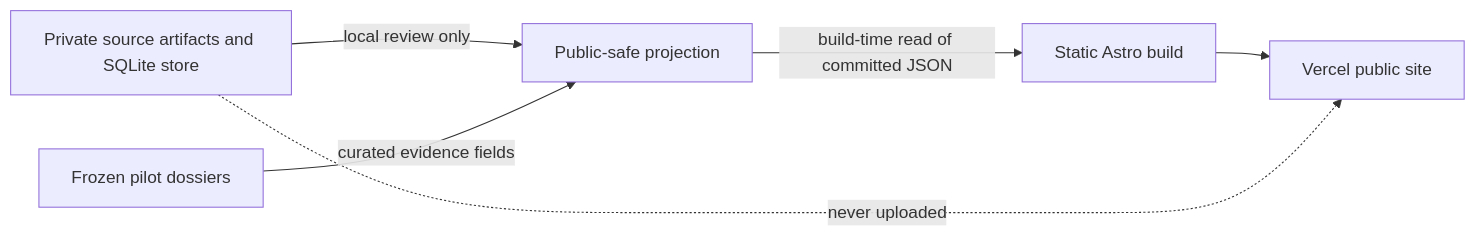
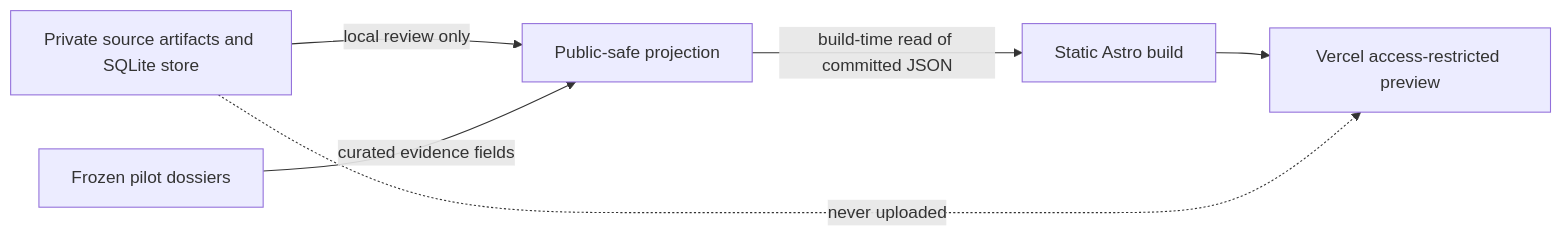
The diagram in docs/portfolio-pivot-plan.md (Gregjones1997/Berlin-Under-Construction), drawn with Mermaid before and after one commit. The commit also changed other lines of this file and 5 other files, not shown here.

Commit message:
docs(plan): invoke restricted-preview fallback

````diff
--- a/docs/portfolio-pivot-plan.md
+++ b/docs/portfolio-pivot-plan.md
@@ -213,8 +224,8 @@
 ```mermaid
 flowchart LR
     A["Private source artifacts and SQLite store"] -->|"local review only"| B["Public-safe projection"]
     C["Frozen pilot dossiers"] -->|"curated evidence fields"| B
     B -->|"build-time read of committed JSON"| D["Static Astro build"]
-    D --> E["Vercel public site"]
+    D --> E["Vercel access-restricted preview"]
     A -. "never uploaded" .-> E
 ```
````
